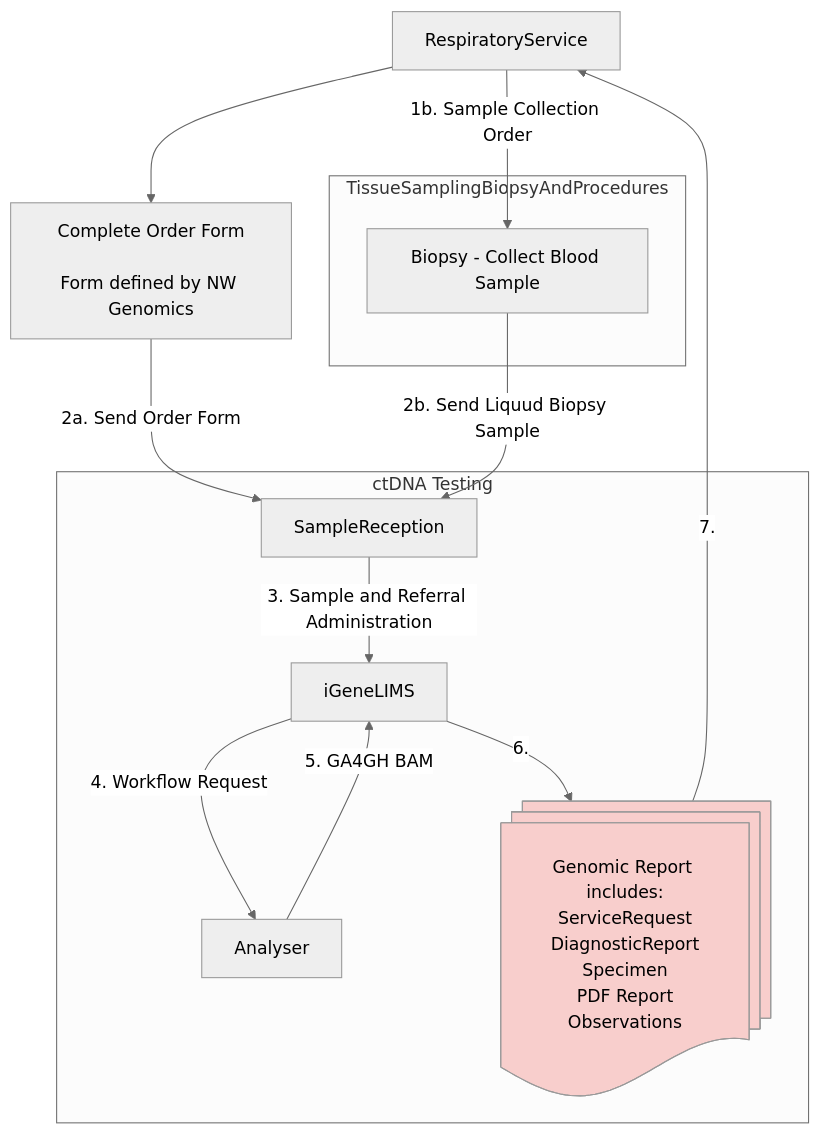
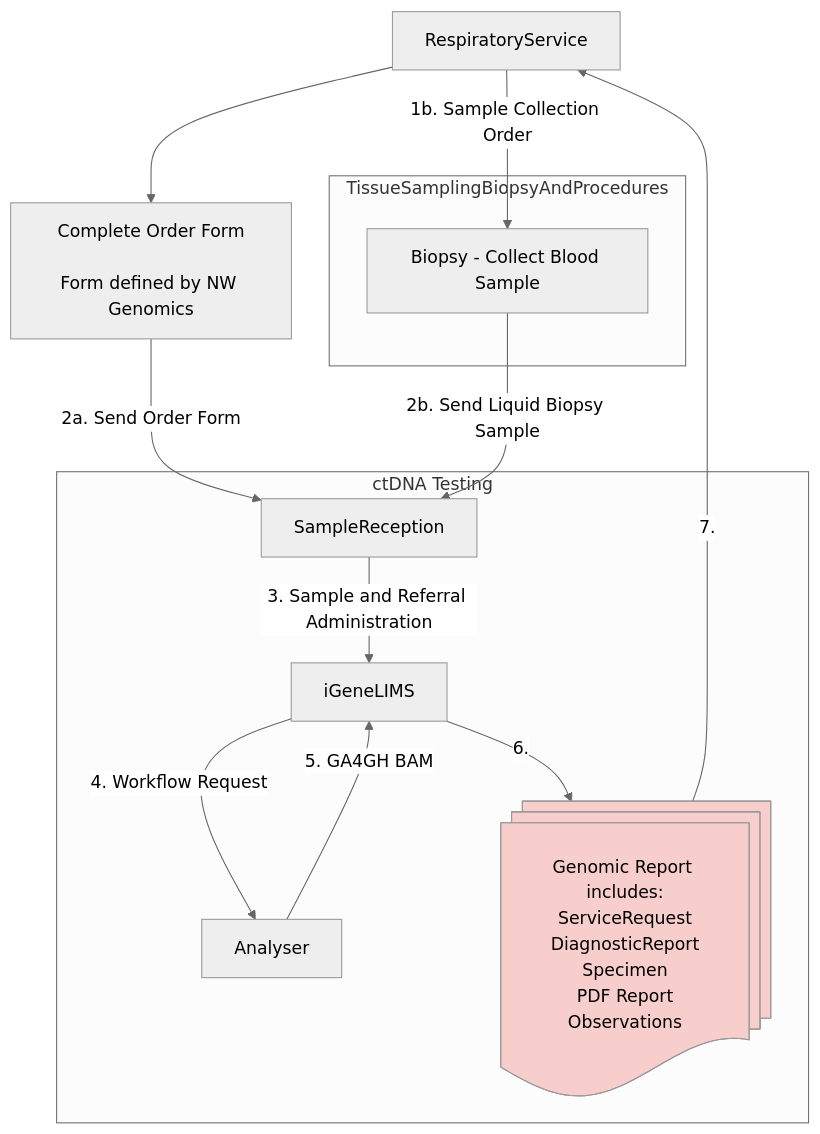
The diagram in Design/phase2-NEY-LungCancer-ctDNA-UseCase.mermaid (uk-gov-mirror/nw-gmsa.nw-gmsa.github.com), drawn with Mermaid (neutral theme) before and after one commit.

```diff
--- a/Design/phase2-NEY-LungCancer-ctDNA-UseCase.mermaid
+++ b/Design/phase2-NEY-LungCancer-ctDNA-UseCase.mermaid
@@ -1,36 +1,36 @@
 graph
 
 RespiratoryService
 
 OrderForm[Complete Order Form<br/><br/>Form defined by NW Genomics]
 
 subgraph TissueSamplingBiopsyAndProcedures;
     BiopsiesBL[Biopsy - Collect Blood Sample]
 end
 
 
 RespiratoryService --> |1b. Sample Collection Order| BiopsiesBL
 RespiratoryService -->  OrderForm
 OrderForm --> |2a. Send Order Form| SampleReception
 
 subgraph ctDNA Testing;
     SampleReception
     iGeneLIMS
     Analyser
     GenomicNWReport@{ shape: docs, label: "Genomic Report includes:<br/>ServiceRequest<br/>DiagnosticReport<br/>Specimen<br/>PDF Report<br/>Observations"}
 end
 
 SampleReception --> |3. Sample and Referral Administration| iGeneLIMS
 
-BiopsiesBL --> |2b. Send Liquud Biopsy Sample| SampleReception
+BiopsiesBL --> |2b. Send Liquid Biopsy Sample| SampleReception
 
 iGeneLIMS --> |6.| GenomicNWReport
 GenomicNWReport --> |7.| RespiratoryService
 iGeneLIMS --> |4. Workflow Request| Analyser
 Analyser --> |5. GA4GH BAM| iGeneLIMS
 
 
 classDef purple fill:#E1D5E7;
 classDef pink fill:#F8CECC;
 
 class GenomicsNW,GenomicNWReport pink
```
